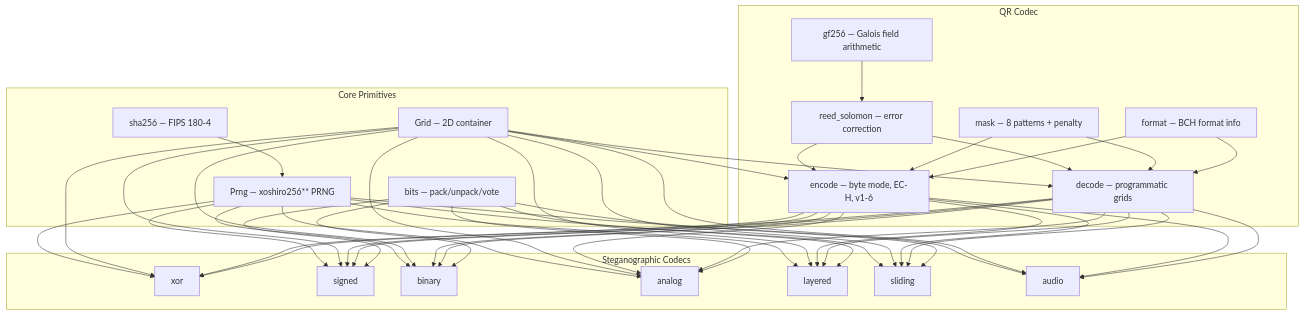
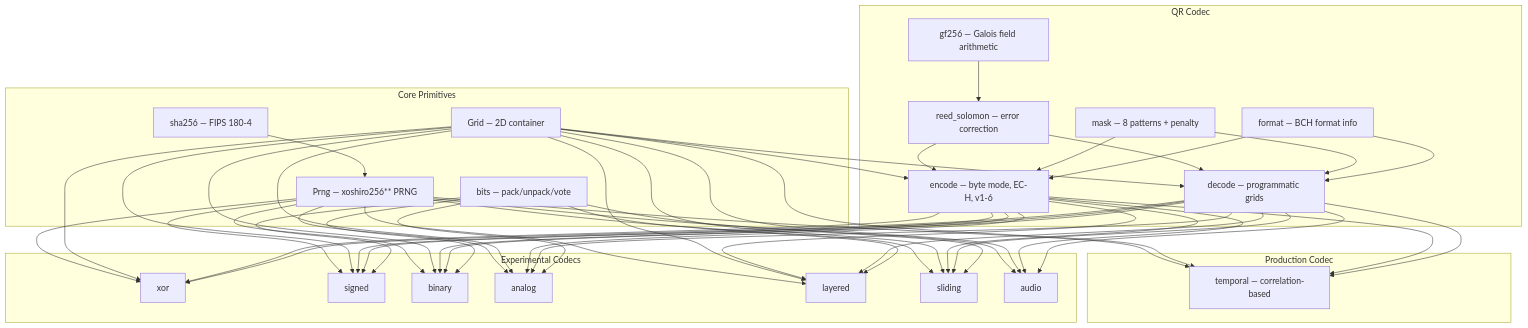
Before and after one commit to ianzepp/qrstatic: the diagram in README.md, drawn with Mermaid. The commit also changed other lines of this file and 1 other file, not shown here.

First line of the commit message:
Archive legacy codec docs to CODECS.md, rewrite README for temporal production codec

````diff
--- a/README.md
+++ b/README.md
@@ -624,39 +153,43 @@
 ```mermaid
 graph TD
     subgraph "Core Primitives"
         SHA["sha256 — FIPS 180-4"]
         PRNG["Prng — xoshiro256** PRNG"]
         GRID["Grid<T> — 2D container"]
         BITS["bits — pack/unpack/vote"]
     end
 
     subgraph "QR Codec"
         GF["gf256 — Galois field arithmetic"]
         RS["reed_solomon — error correction"]
         ENC["encode — byte mode, EC-H, v1-6"]
         DEC["decode — programmatic grids"]
         MASK["mask — 8 patterns + penalty"]
         FMT["format — BCH format info"]
     end
 
-    subgraph "Steganographic Codecs"
+    subgraph "Production Codec"
+        TMP["temporal — correlation-based"]
+    end
+
+    subgraph "Experimental Codecs"
         XOR["xor"]
         SGN["signed"]
         BIN["binary"]
         ANA["analog"]
         LAY["layered"]
         SLD["sliding"]
         AUD["audio"]
     end
 
     SHA --> PRNG
-    PRNG --> XOR & SGN & BIN & ANA & LAY & SLD & AUD
-    GRID --> ENC & DEC & XOR & SGN & BIN & ANA & LAY & SLD & AUD
+    PRNG --> TMP & XOR & SGN & BIN & ANA & LAY & SLD & AUD
+    GRID --> ENC & DEC & TMP & XOR & SGN & BIN & ANA & LAY & SLD & AUD
     GF --> RS
     RS --> ENC & DEC
     MASK --> ENC & DEC
     FMT --> ENC & DEC
-    ENC --> XOR & SGN & BIN & ANA & LAY & SLD & AUD
-    DEC --> XOR & SGN & BIN & ANA & LAY & SLD & AUD
+    ENC --> TMP & XOR & SGN & BIN & ANA & LAY & SLD & AUD
+    DEC --> TMP & XOR & SGN & BIN & ANA & LAY & SLD & AUD
     BITS --> SGN & BIN & ANA & LAY & SLD
 ```
````
